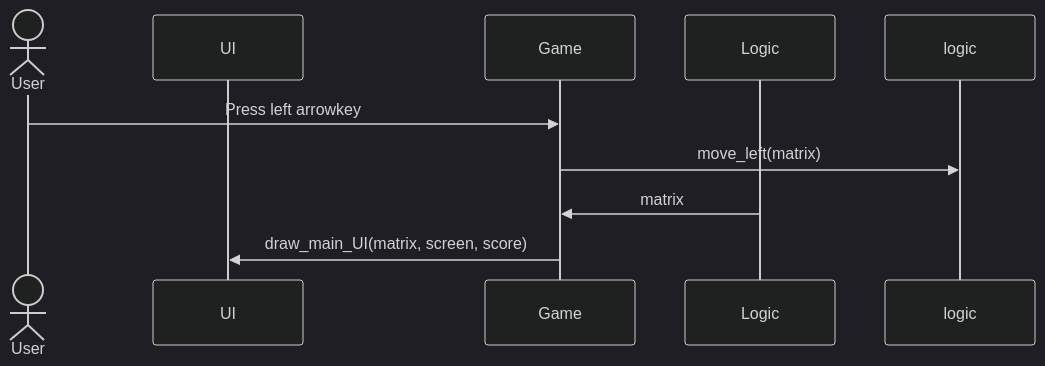
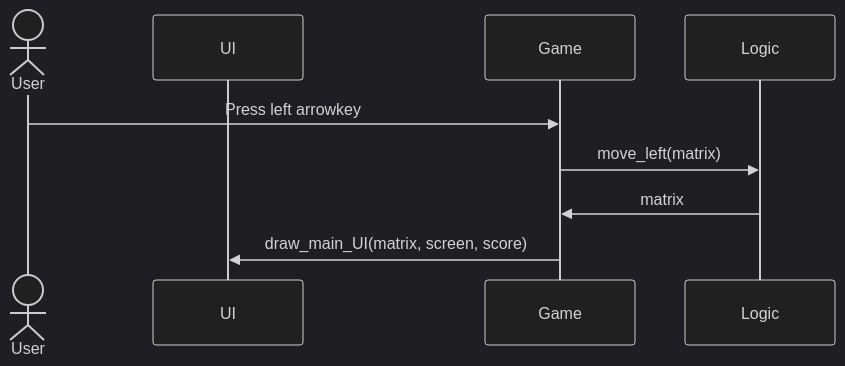
One commit to Jusq17/ot-harjoitustyo changed the third of 5 diagrams in Dokumentaatio/arkkitehtuuri.md. Above: the diagram before and after it, drawn with Mermaid (dark theme). The commit also changed other lines of this file, not shown here.

````diff
--- a/Dokumentaatio/arkkitehtuuri.md
+++ b/Dokumentaatio/arkkitehtuuri.md
@@ -124,11 +124,11 @@
 ```mermaid
 sequenceDiagram
   actor User
   participant UI
   participant Game
   participant Logic
   User->>Game: Press left arrowkey
-  Game->>logic: move_left(matrix)
+  Game->>Logic: move_left(matrix)
   Logic->>Game: matrix
   Game->>UI: draw_main_UI(matrix, screen, score)
 ```
````
